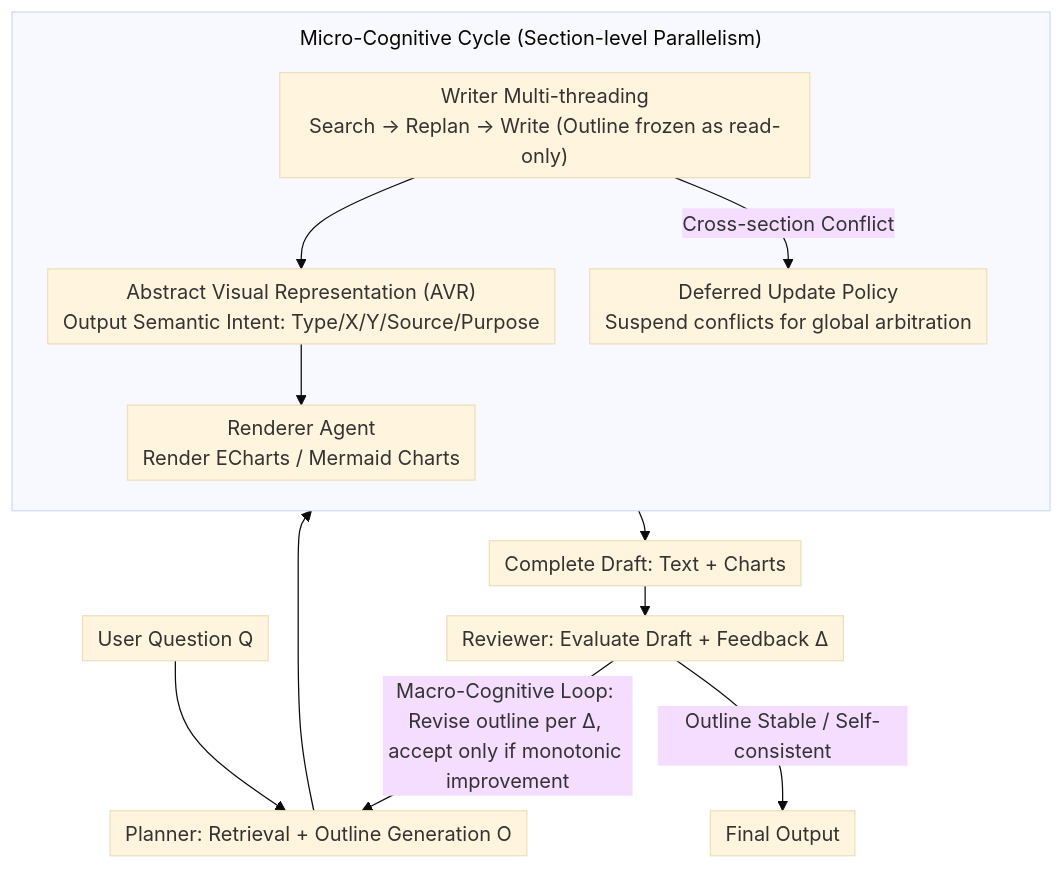
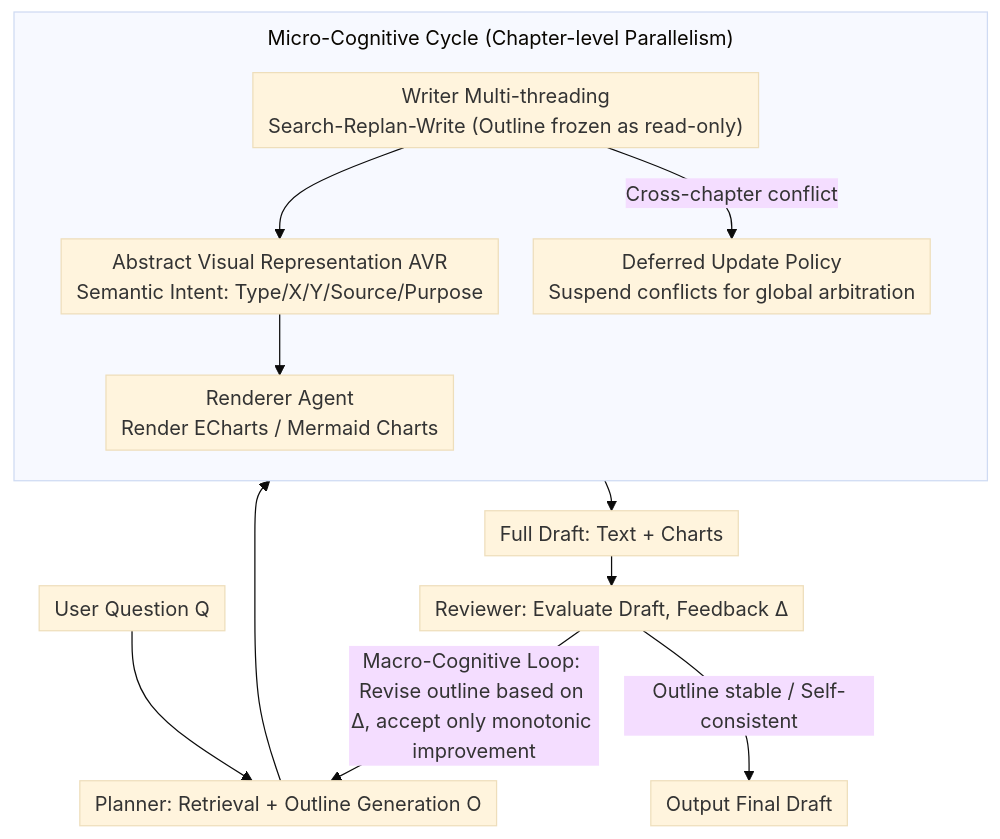
Before and after one commit to zhaoyang97/Paper-Notes-en: the diagram in docs/ACL2026/multimodal_vlm/coggen_a_cognitively_inspired_recursive_framework_for_deep_research_report_gener.md, drawn with Mermaid (base theme). The commit also changed other lines of this file and 5084 other files, not shown here.

````diff
--- a/docs/ACL2026/multimodal_vlm/coggen_a_cognitively_inspired_recursive_framework_for_deep_research_report_gener.md
+++ b/docs/ACL2026/multimodal_vlm/coggen_a_cognitively_inspired_recursive_framework_for_deep_research_report_gener.md
@@ -43,17 +43,17 @@
 ```mermaid
 %%{init: {'flowchart': {'rankSpacing': 24, 'nodeSpacing': 28, 'padding': 6, 'wrappingWidth': 400, 'subGraphTitleMargin': {'top': 8, 'bottom': 16}}}}%%
 flowchart TD
     Q["User Question Q"] --> P["Planner: Retrieval + Outline Generation O"]
     P --> MICRO
-    subgraph MICRO["Micro-Cognitive Cycle (Section-level Parallelism)"]
+    subgraph MICRO["Micro-Cognitive Cycle (Chapter-level Parallelism)"]
         direction TB
-        W["Writer Multi-threading<br/>Search → Replan → Write (Outline frozen as read-only)"]
-        W --> AVR["Abstract Visual Representation (AVR)<br/>Output Semantic Intent: Type/X/Y/Source/Purpose"]
+        W["Writer Multi-threading<br/>Search-Replan-Write (Outline frozen as read-only)"]
+        W --> AVR["Abstract Visual Representation AVR<br/>Semantic Intent: Type/X/Y/Source/Purpose"]
         AVR --> RD["Renderer Agent<br/>Render ECharts / Mermaid Charts"]
-        W -->|Cross-section Conflict| DEF["Deferred Update Policy<br/>Suspend conflicts for global arbitration"]
+        W -->|Cross-chapter conflict| DEF["Deferred Update Policy<br/>Suspend conflicts for global arbitration"]
     end
-    MICRO --> DRAFT["Complete Draft: Text + Charts"]
-    DRAFT --> REV["Reviewer: Evaluate Draft + Feedback Δ"]
-    REV -->|Outline Stable / Self-consistent| OUT["Final Output"]
-    REV -->|Macro-Cognitive Loop: Revise outline per Δ, accept only if monotonic improvement| P
+    MICRO --> DRAFT["Full Draft: Text + Charts"]
+    DRAFT --> REV["Reviewer: Evaluate Draft, Feedback Δ"]
+    REV -->|Outline stable / Self-consistent| OUT["Output Final Draft"]
+    REV -->|Macro-Cognitive Loop: Revise outline based on Δ, accept only monotonic improvement| P
 ```
````
